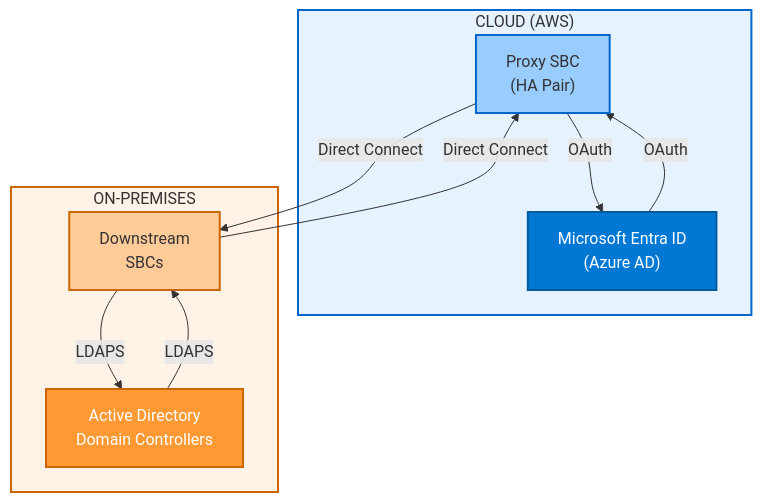
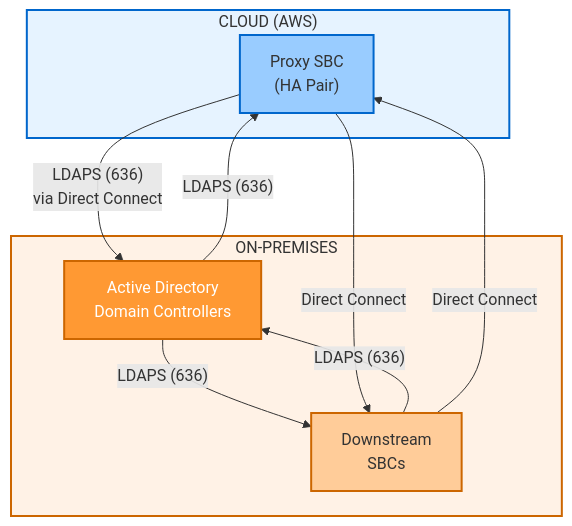
Before and after one commit to kevinsing999/public: the fifth of 26 diagrams in AudioCodes-AWS-Deployment-Guide.md, drawn with Mermaid. The commit also changed other lines of this file and 7 other files, not shown here.

````diff
--- a/AudioCodes-AWS-Deployment-Guide.md
+++ b/AudioCodes-AWS-Deployment-Guide.md
@@ -1067,30 +1066,27 @@
 ```mermaid
 flowchart TB
     subgraph cloud["CLOUD (AWS)"]
         style cloud fill:#e6f3ff,stroke:#0066cc,stroke-width:2px
 
         proxy["Proxy SBC<br/>(HA Pair)"]
-        entra["Microsoft Entra ID<br/>(Azure AD)"]
-
-        proxy -->|"OAuth"| entra
-        entra -->|"OAuth"| proxy
     end
 
     subgraph onprem["ON-PREMISES"]
         style onprem fill:#fff2e6,stroke:#cc6600,stroke-width:2px
 
         downstream["Downstream<br/>SBCs"]
         ad["Active Directory<br/>Domain Controllers"]
+    end
 
-        downstream -->|"LDAPS"| ad
-        ad -->|"LDAPS"| downstream
-    end
+    proxy -->|"LDAPS (636)<br/>via Direct Connect"| ad
+    ad -->|"LDAPS (636)"| proxy
+    downstream -->|"LDAPS (636)"| ad
+    ad -->|"LDAPS (636)"| downstream
 
     proxy -->|"Direct Connect"| downstream
     downstream -->|"Direct Connect"| proxy
 
     style proxy fill:#99ccff,stroke:#0066cc,stroke-width:2px
-    style entra fill:#0078d4,stroke:#005a9e,stroke-width:2px,color:#fff
     style downstream fill:#ffcc99,stroke:#cc6600,stroke-width:2px
     style ad fill:#ff9933,stroke:#cc6600,stroke-width:2px,color:#fff
 ```
````
